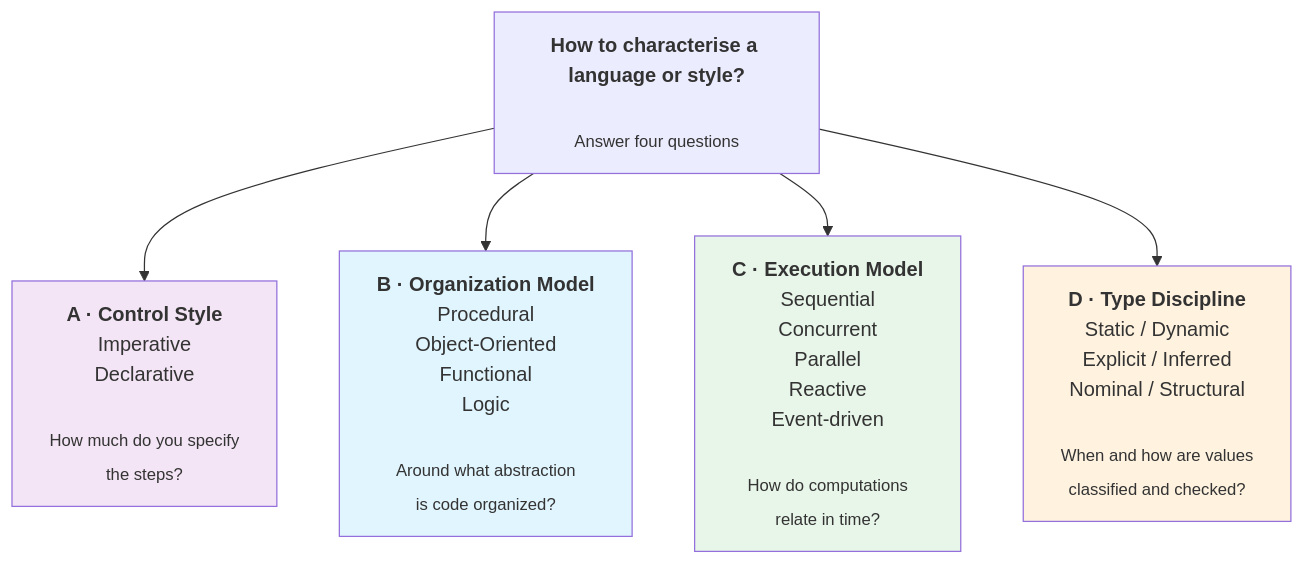
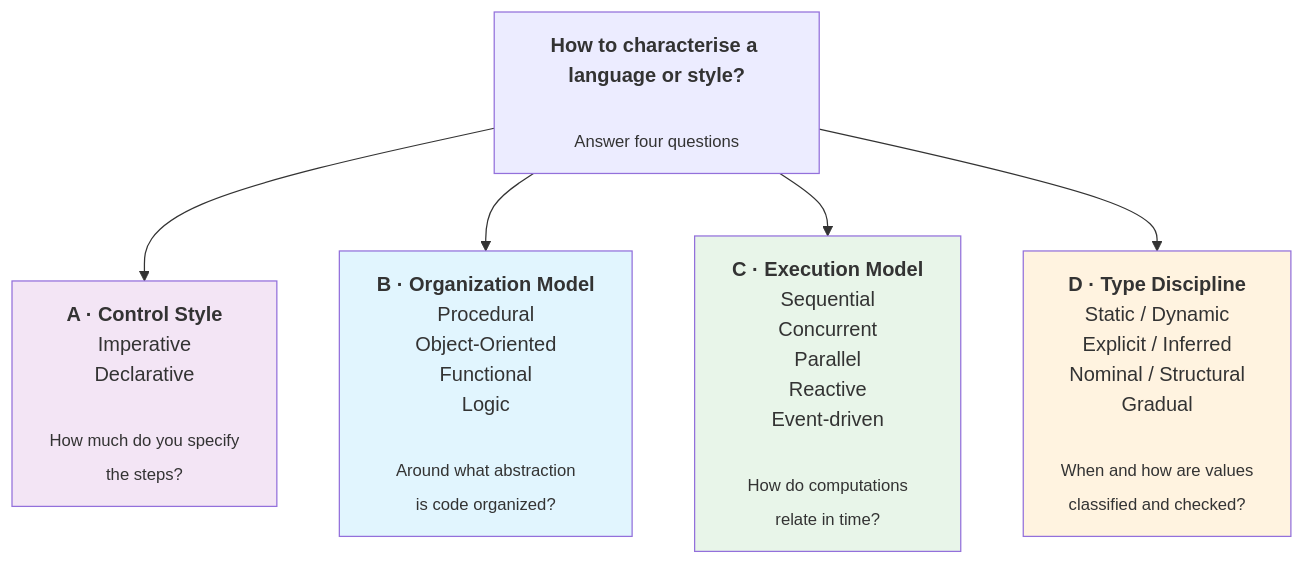
Before and after one commit to akardapolov/software-atlas: the first of 4 diagrams in docs/topics/concepts/paradigms/index.md, drawn with Mermaid. The commit also changed other lines of this file and 2 other files, not shown here.

Commit message:
feat: update OOP details and schema update in languages-genealogy

````diff
--- a/docs/topics/concepts/paradigms/index.md
+++ b/docs/topics/concepts/paradigms/index.md
@@ -50,14 +50,14 @@
 ```mermaid
 flowchart TD
     Q["<b>How to characterise a language or style?</b><br/><br/><sub>Answer four questions</sub>"]
 
     Q --> A["<b>A · Control Style</b><br/>Imperative<br/>Declarative<br/><br/><sub>How much do you specify<br/>the steps?</sub>"]
     Q --> B["<b>B · Organization Model</b><br/>Procedural<br/>Object-Oriented<br/>Functional<br/>Logic<br/><br/><sub>Around what abstraction<br/>is code organized?</sub>"]
     Q --> C["<b>C · Execution Model</b><br/>Sequential<br/>Concurrent<br/>Parallel<br/>Reactive<br/>Event-driven<br/><br/><sub>How do computations<br/>relate in time?</sub>"]
-    Q --> D["<b>D · Type Discipline</b><br/>Static / Dynamic<br/>Explicit / Inferred<br/>Nominal / Structural<br/><br/><sub>When and how are values<br/>classified and checked?</sub>"]
+    Q --> D["<b>D · Type Discipline</b><br/>Static / Dynamic<br/>Explicit / Inferred<br/>Nominal / Structural<br/>Gradual<br/><br/><sub>When and how are values<br/>classified and checked?</sub>"]
 
     style A fill:#f3e5f5
     style B fill:#e1f5fe
     style C fill:#e8f5e9
     style D fill:#fff3e0
 ```
````
